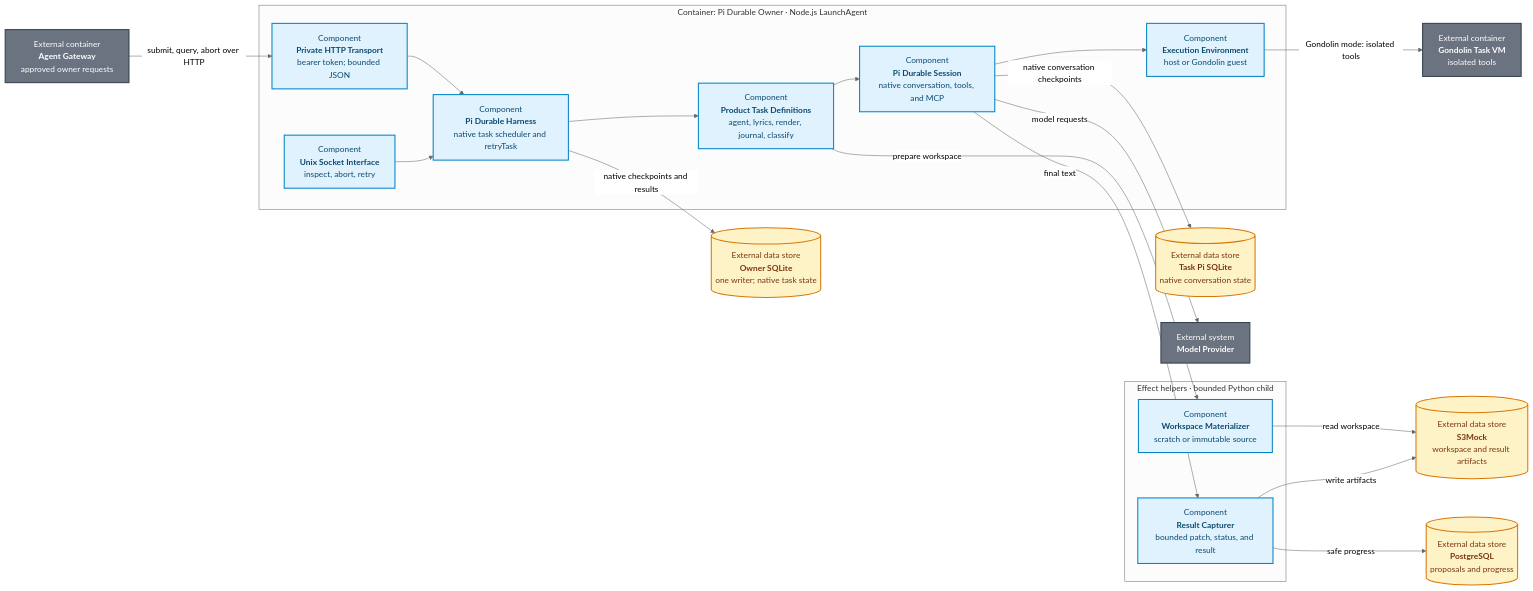
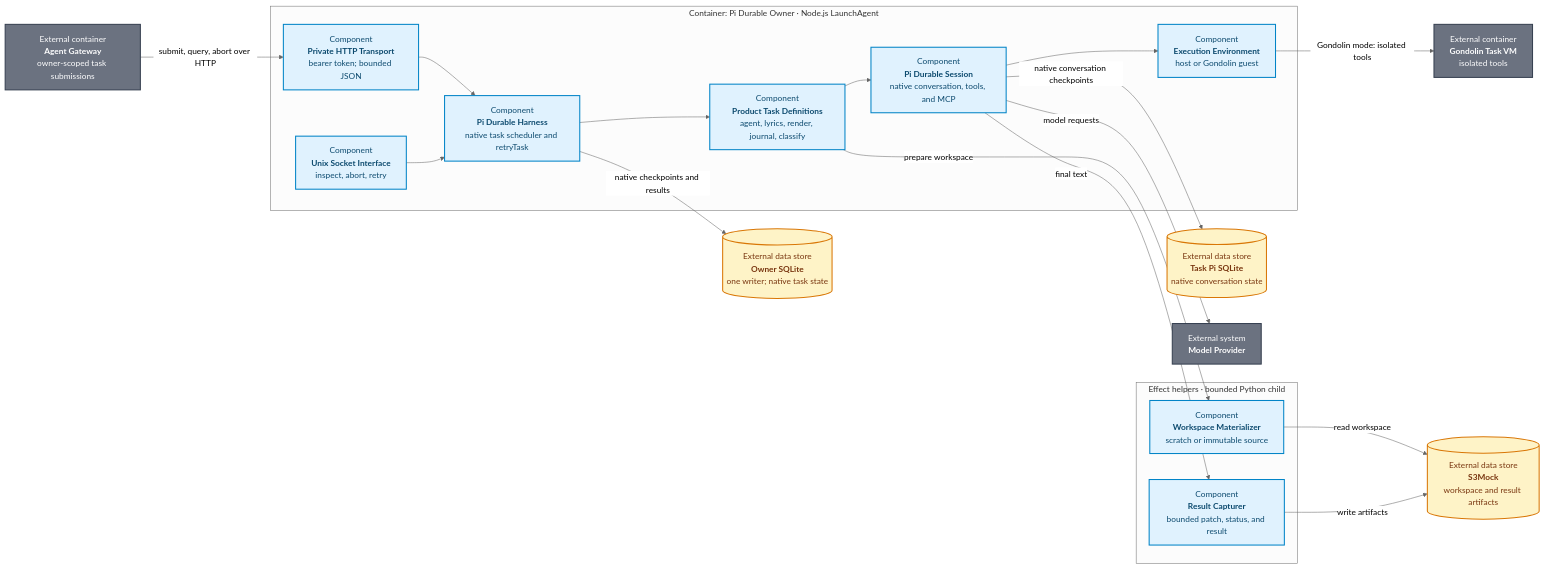
The diagram in products/voice-agent/docs/architecture/c3-pi-task-worker.mmd (ragavsathish/agent-workload-platform), drawn with Mermaid (neutral theme) before and after one commit. The commit also changed 143 other files, not shown here.

```diff
--- a/products/voice-agent/docs/architecture/c3-pi-task-worker.mmd
+++ b/products/voice-agent/docs/architecture/c3-pi-task-worker.mmd
@@ -1,44 +1,41 @@
 flowchart LR
-    GATEWAY["External container<br/><b>Agent Gateway</b><br/>approved owner requests"]
-    DB[("External data store<br/><b>PostgreSQL</b><br/>proposals and progress")]
+    GATEWAY["External container<br/><b>Agent Gateway</b><br/>owner-scoped task submissions"]
     S3[("External data store<br/><b>S3Mock</b><br/>workspace and result artifacts")]
     SQLITE[("External data store<br/><b>Owner SQLite</b><br/>one writer; native task state")]
     SESSION[("External data store<br/><b>Task Pi SQLite</b><br/>native conversation state")]
     GONDOLIN["External container<br/><b>Gondolin Task VM</b><br/>isolated tools"]
     MODEL["External system<br/><b>Model Provider</b>"]
 
     subgraph OWNER["Container: Pi Durable Owner · Node.js LaunchAgent"]
         HTTP["Component<br/><b>Private HTTP Transport</b><br/>bearer token; bounded JSON"]
         SOCKET["Component<br/><b>Unix Socket Interface</b><br/>inspect, abort, retry"]
         HARNESS["Component<br/><b>Pi Durable Harness</b><br/>native task scheduler and retryTask"]
         TASKS["Component<br/><b>Product Task Definitions</b><br/>agent, lyrics, render, journal, classify"]
         PI["Component<br/><b>Pi Durable Session</b><br/>native conversation, tools, and MCP"]
         ENV["Component<br/><b>Execution Environment</b><br/>host or Gondolin guest"]
         HTTP --> HARNESS
         SOCKET --> HARNESS
         HARNESS --> TASKS
         TASKS --> PI --> ENV
     end
 
     subgraph EFFECTS["Effect helpers · bounded Python child"]
         MATERIALIZE["Component<br/><b>Workspace Materializer</b><br/>scratch or immutable source"]
         CAPTURE["Component<br/><b>Result Capturer</b><br/>bounded patch, status, and result"]
     end
 
     GATEWAY -->|"submit, query, abort over HTTP"| HTTP
     HARNESS -->|"native checkpoints and results"| SQLITE
     TASKS -->|"prepare workspace"| MATERIALIZE
     MATERIALIZE -->|"read workspace"| S3
     PI -->|"native conversation checkpoints"| SESSION
     ENV -->|"Gondolin mode: isolated tools"| GONDOLIN
     PI -->|"model requests"| MODEL
     PI -->|"final text"| CAPTURE
     CAPTURE -->|"write artifacts"| S3
-    CAPTURE -->|"safe progress"| DB
-
     classDef component fill:#e0f2fe,color:#0c4a6e,stroke:#0284c7,stroke-width:2px;
     classDef external fill:#6b7280,color:#fff,stroke:#374151,stroke-width:2px;
     classDef data fill:#fef3c7,color:#78350f,stroke:#d97706,stroke-width:2px;
     class HTTP,SOCKET,HARNESS,TASKS,PI,ENV,MATERIALIZE,CAPTURE component;
     class GATEWAY,GONDOLIN,MODEL external;
-    class DB,S3,SQLITE,SESSION data;
+    class S3,SQLITE,SESSION data;
```
